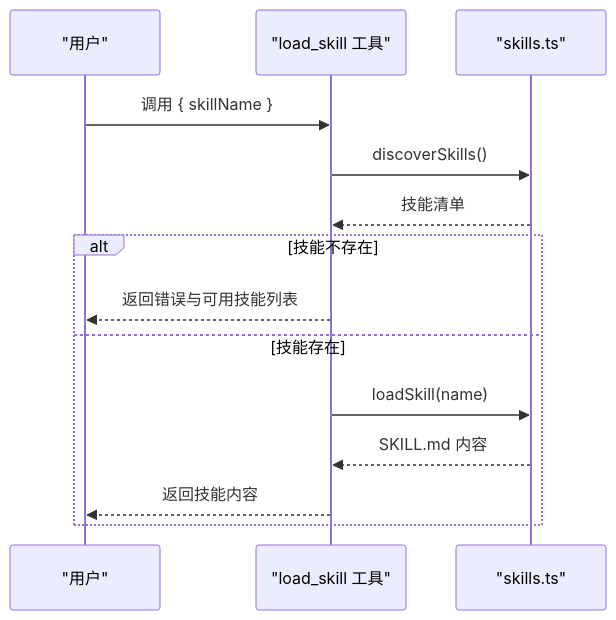
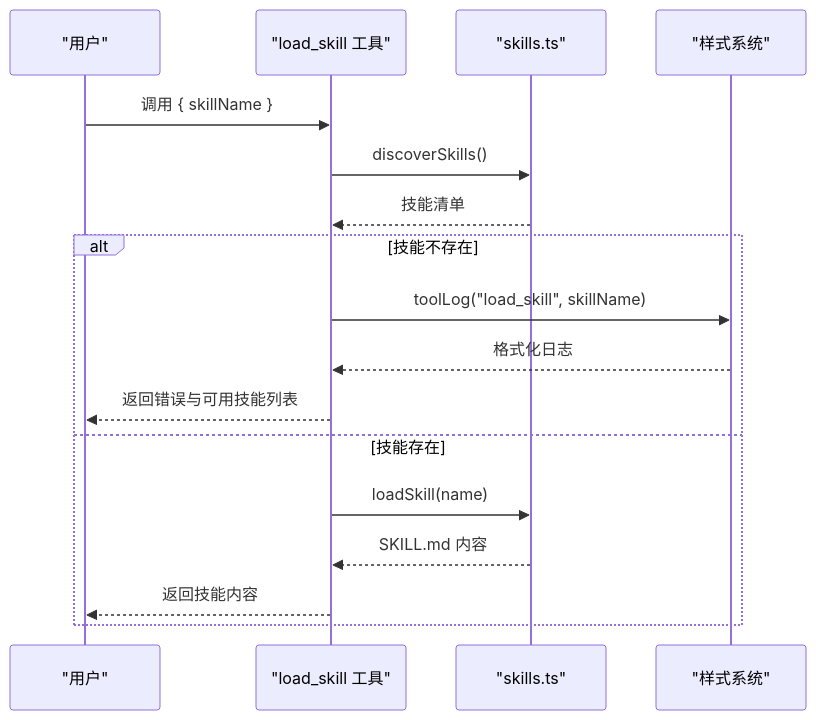
The fourth of 7 diagrams in .qoder/repowiki/zh/content/技能系统/技能系统.md (HAOFUYANG/onion-code), drawn with Mermaid before and after one commit. The commit also changed other lines of this file and 5 other files, not shown here.

````diff
--- a/.qoder/repowiki/zh/content/技能系统/技能系统.md
+++ b/.qoder/repowiki/zh/content/技能系统/技能系统.md
@@ -194,16 +205,19 @@
 ```mermaid
 sequenceDiagram
 participant U as "用户"
 participant T as "load_skill 工具"
 participant S as "skills.ts"
+participant Style as "样式系统"
 U->>T : 调用 { skillName }
 T->>S : discoverSkills()
 S-->>T : 技能清单
 alt 技能不存在
+T->>Style : toolLog("load_skill", skillName)
+Style-->>T : 格式化日志
 T-->>U : 返回错误与可用技能列表
 else 技能存在
 T->>S : loadSkill(name)
 S-->>T : SKILL.md 内容
 T-->>U : 返回技能内容
 end
 ```
````
